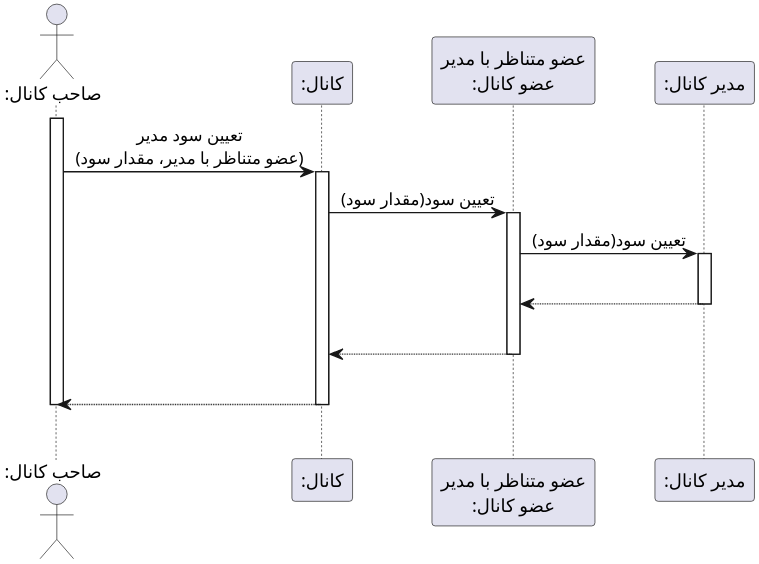
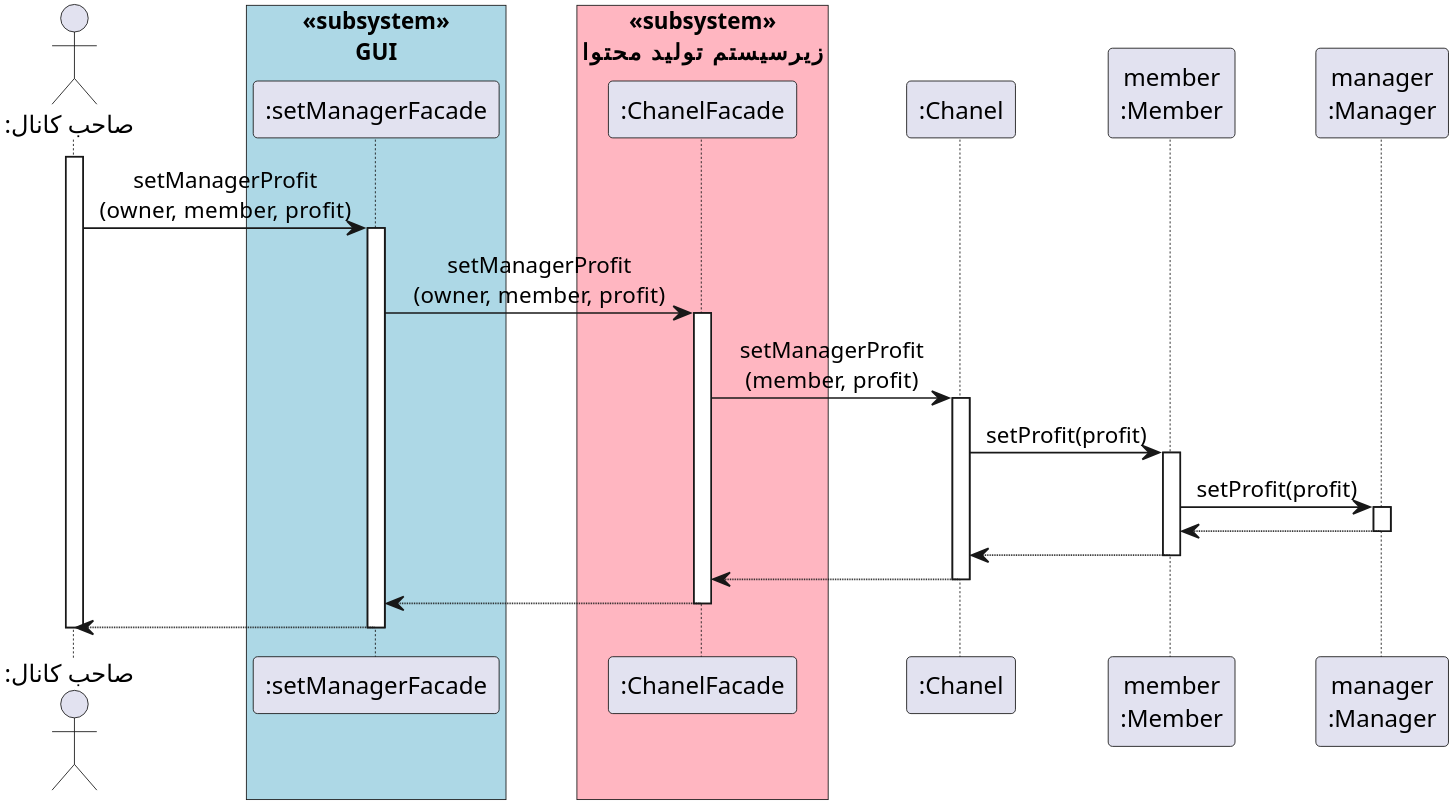
Before and after one commit to soleyman79/Qasedak: the diagram in Diagrams/Design Sequence/SetManagerProfit.puml, drawn with PlantUML.

Commit message:
Add set profit

```diff
--- a/Diagrams/Design Sequence/SetManagerProfit.puml
+++ b/Diagrams/Design Sequence/SetManagerProfit.puml
@@ -1,34 +1,44 @@
 @startuml set_manager_profit
 
 
-scale 3
+scale 4
 skinparam DefaultFontName Vazir
 skinparam DefaultTextAlignment center
 
 
 actor ":صاحب کانال" as owner
-participant ":کانال" as chanel
-participant "عضو متناظر با مدیر\n:عضو کانال" as member
-participant ":مدیر کانال" as manager
+box "«subsystem»\nGUI" #LightBlue
+participant ":setManagerFacade" as ui
+end box
+box "«subsystem»\nزیرسیستم تولید محتوا" #LightPink
+participant ":ChanelFacade" as chanelFacade
+end box
+participant ":Chanel" as chanel
+participant "member\n:Member" as member
+participant "manager\n:Manager" as manager
 
 activate owner
-owner -> chanel : تعیین سود مدیر\n(عضو متناظر با مدیر، مقدار سود)
+owner -> ui: setManagerProfit\n(owner, member, profit)
+activate ui
+ui -> chanelFacade: setManagerProfit\n(owner, member, profit)
+activate chanelFacade
+chanelFacade -> chanel: setManagerProfit\n(member, profit)
 activate chanel
-chanel -> member : تعیین سود(مقدار سود)
+chanel -> member: setProfit(profit)
 activate member
-member -> manager : تعیین سود(مقدار سود)
-|||
+member -> manager: setProfit(profit)
 activate manager
 manager --> member
-|||
 deactivate manager
 member --> chanel
-|||
 deactivate member
-chanel --> owner
-|||
+chanel --> chanelFacade
 deactivate chanel
+chanelFacade --> ui
+deactivate chanelFacade
+ui --> owner
+deactivate ui
 deactivate owner
 
 
 @enduml
```
